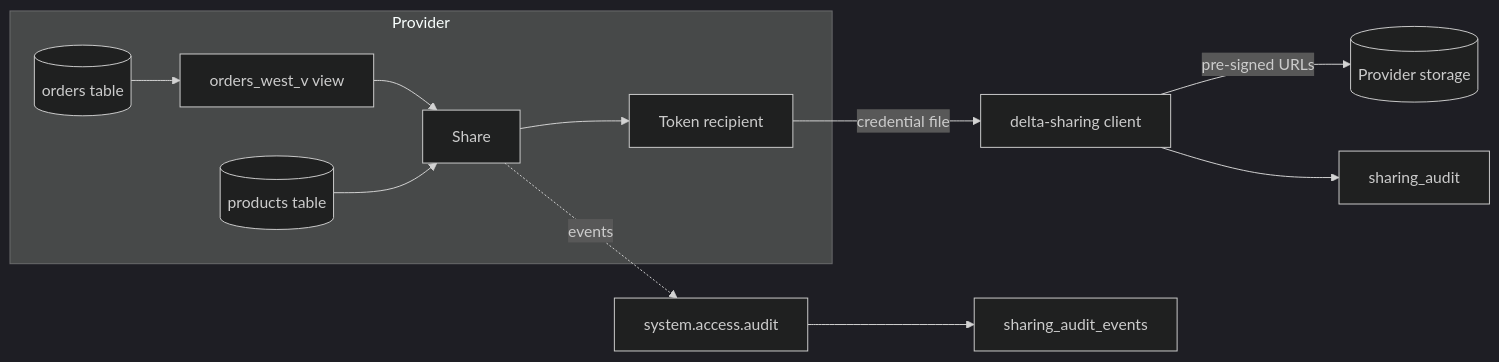
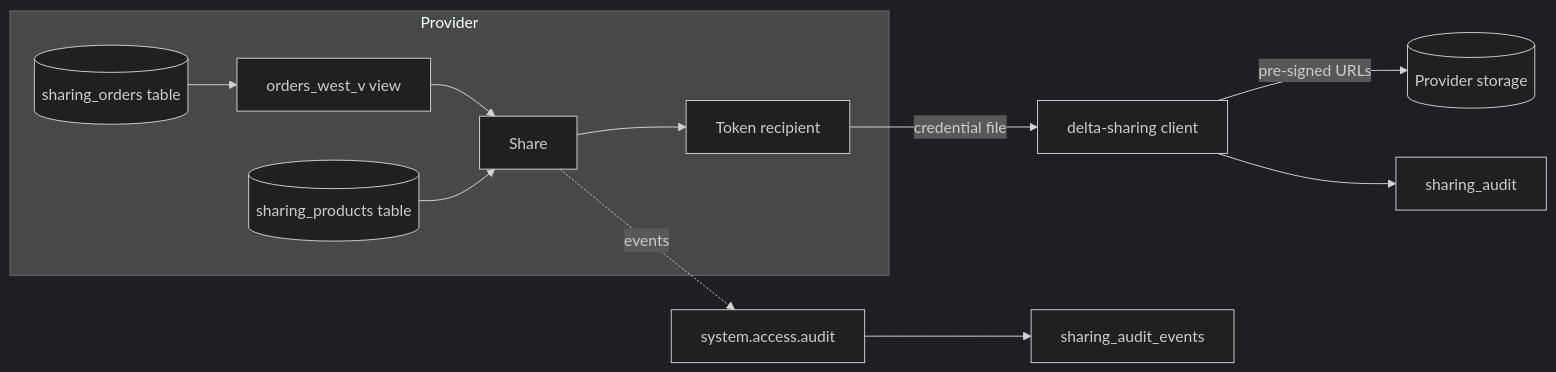
The diagram in reference/open-data/guides/data-sharing.md (pengbricks/pengbricks-app-capabilities-walkthrough), drawn with Mermaid (dark theme) before and after one commit. The commit also changed other lines of this file and 207 other files, not shown here.

First line of the commit message:
Move every reference bundle to one shared schema

````diff
--- a/reference/open-data/guides/data-sharing.md
+++ b/reference/open-data/guides/data-sharing.md
@@ -20,15 +20,15 @@
 ```mermaid
 flowchart LR
   subgraph Provider
-    O[(orders table)] --> V[orders_west_v view]
-    P[(products table)]
+    O[(sharing_orders table)] --> V[orders_west_v view]
+    P[(sharing_products table)]
     V --> S[Share]
     P --> S
     S --> R[Token recipient]
   end
   R -- credential file --> C[delta-sharing client]
   C -- pre-signed URLs --> F[(Provider storage)]
   S -. events .-> A[system.access.audit]
   A --> T[sharing_audit_events]
   C --> U[sharing_audit]
 ```
````
